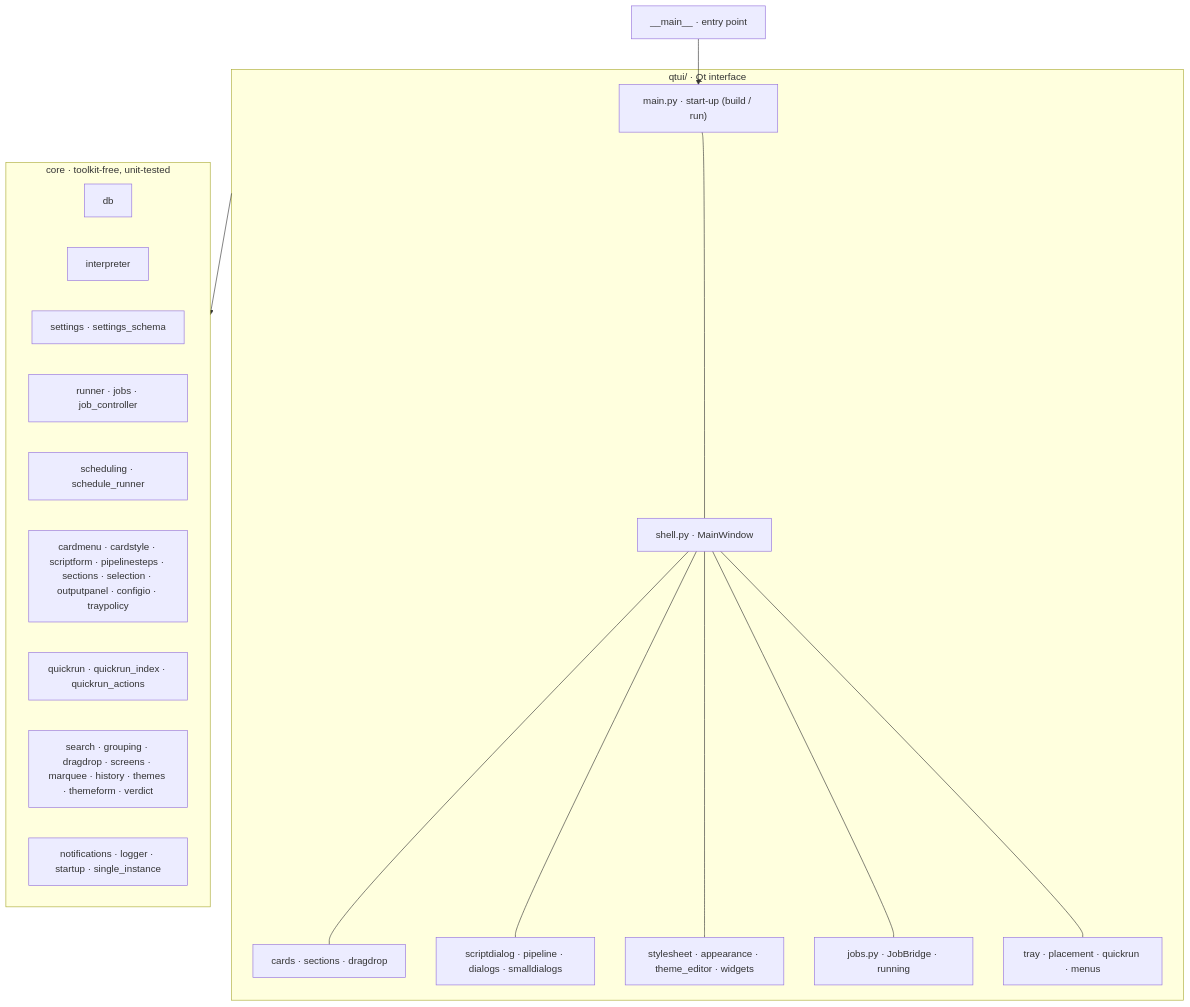
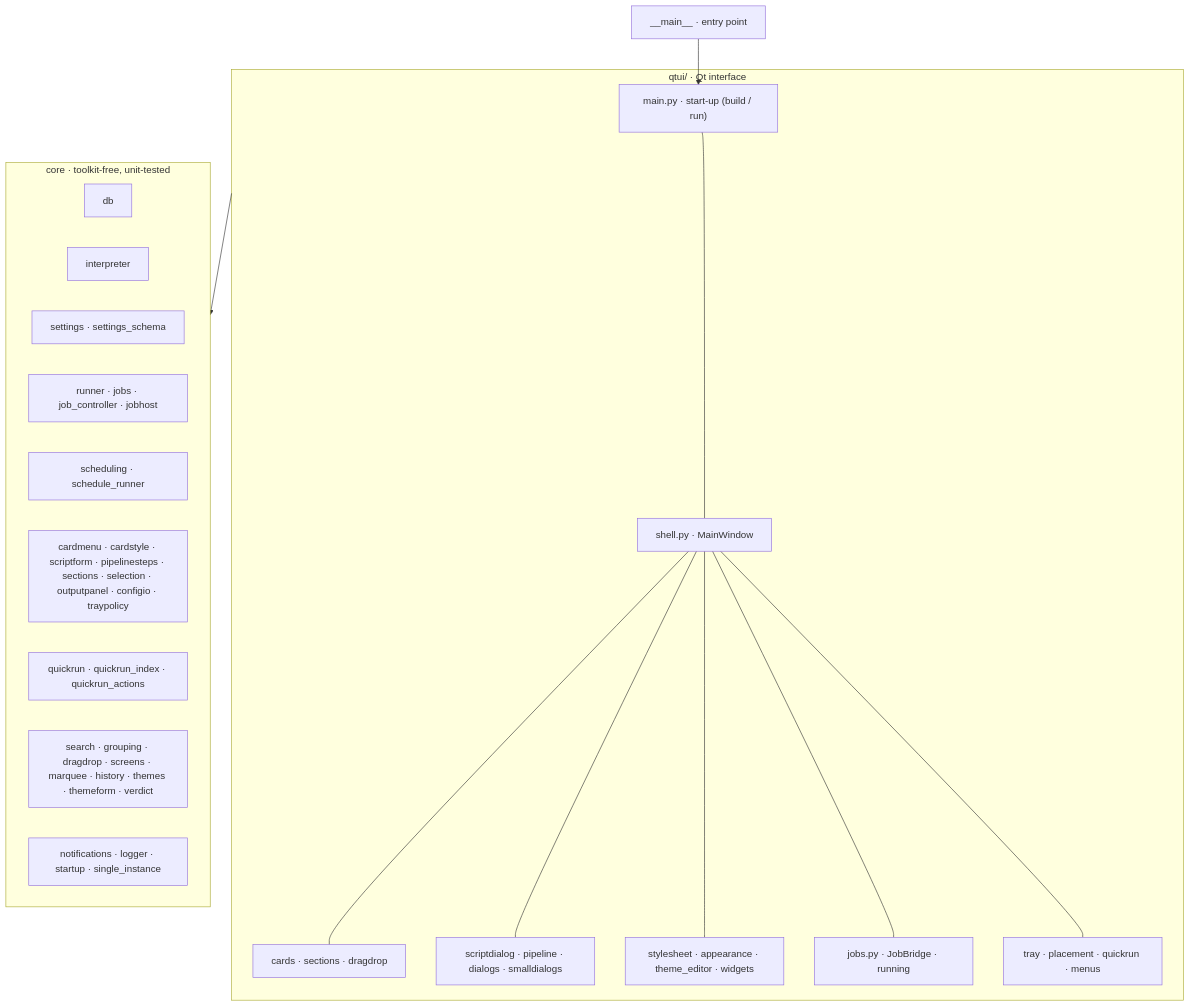
One commit to lqvu-zen/RYOS changed the diagram in docs/ARCHITECTURE.md. Above: the diagram before and after it, drawn with Mermaid. The commit also changed other lines of this file and 4 other files, not shown here.

````diff
--- a/docs/ARCHITECTURE.md
+++ b/docs/ARCHITECTURE.md
@@ -8,34 +8,34 @@
 ```mermaid
 flowchart TD
     main["__main__ · entry point"] --> qtmain
 
     subgraph ui["qtui/ · Qt interface"]
         qtmain["main.py · start-up (build / run)"]
         shell["shell.py · MainWindow"]
         cards["cards · sections · dragdrop"]
         dialogs["scriptdialog · pipeline · dialogs · smalldialogs"]
         look["stylesheet · appearance · theme_editor · widgets"]
         bridge["jobs.py · JobBridge · running"]
         tray["tray · placement · quickrun · menus"]
         qtmain --- shell
         shell --- cards
         shell --- dialogs
         shell --- look
         shell --- bridge
         shell --- tray
     end
 
     subgraph core["core · toolkit-free, unit-tested"]
         db["db"]
         interpreter["interpreter"]
         settings["settings · settings_schema"]
-        run["runner · jobs · job_controller"]
+        run["runner · jobs · job_controller · jobhost"]
         sched["scheduling · schedule_runner"]
         rules["cardmenu · cardstyle · scriptform · pipelinesteps · sections · selection · outputpanel · configio · traypolicy"]
         quickrun["quickrun · quickrun_index · quickrun_actions"]
         misc["search · grouping · dragdrop · screens · marquee · history · themes · themeform · verdict"]
         infra["notifications · logger · startup · single_instance"]
     end
 
     ui --> core
 ```
````
